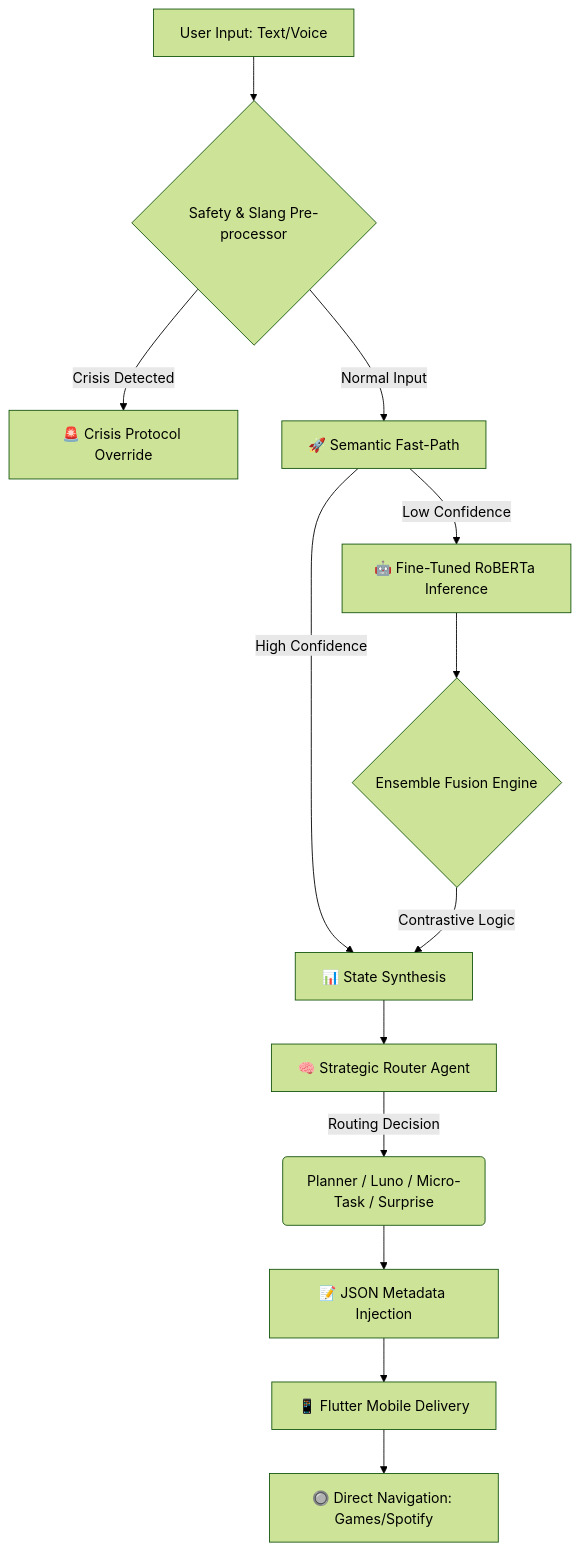
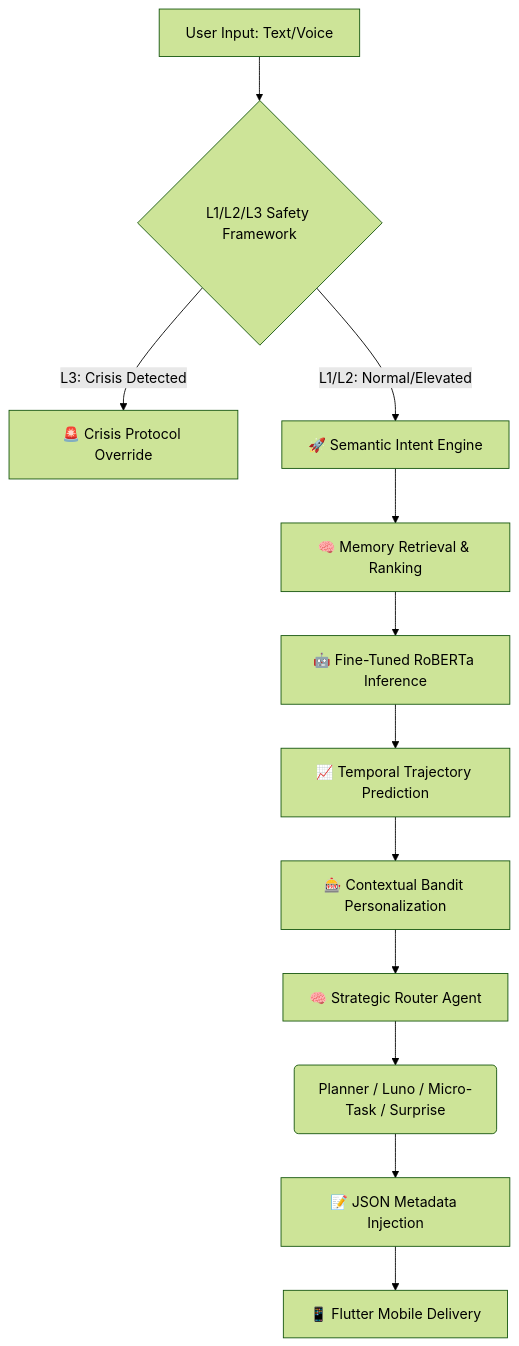
One commit to Joelrtharakan/AI-Powered-Boredom-Breaker-System-Using-Emotion-Detection-and-Personalized-Activity-Generation changed the diagram in README.md. Above: the diagram before and after it, drawn with Mermaid (forest theme). The commit also changed other lines of this file and 16 other files, not shown here.

````diff
--- a/README.md
+++ b/README.md
@@ -102,15 +109,14 @@
 ```mermaid
 graph TD
-    A[User Input: Text/Voice] --> B{Safety & Slang Pre-processor}
-    B -->|Crisis Detected| C[🚨 Crisis Protocol Override]
-    B -->|Normal Input| D[🚀 Semantic Fast-Path]
-    D -->|High Confidence| E[📊 State Synthesis]
-    D -->|Low Confidence| F[🤖 Fine-Tuned RoBERTa Inference]
-    F --> G{Ensemble Fusion Engine}
-    G -->|Contrastive Logic| E
-    E --> H[🧠 Strategic Router Agent]
-    H -->|Routing Decision| I(Planner / Luno / Micro-Task / Surprise)
-    I --> J[📝 JSON Metadata Injection]
-    J --> K[📱 Flutter Mobile Delivery]
-    K --> L[🔘 Direct Navigation: Games/Spotify]
+    A[User Input: Text/Voice] --> B{L1/L2/L3 Safety Framework}
+    B -->|L3: Crisis Detected| C[🚨 Crisis Protocol Override]
+    B -->|L1/L2: Normal/Elevated| D[🚀 Semantic Intent Engine]
+    D --> E[🧠 Memory Retrieval & Ranking]
+    E --> F[🤖 Fine-Tuned RoBERTa Inference]
+    F --> G[📈 Temporal Trajectory Prediction]
+    G --> H[🎰 Contextual Bandit Personalization]
+    H --> I[🧠 Strategic Router Agent]
+    I --> J(Planner / Luno / Micro-Task / Surprise)
+    J --> K[📝 JSON Metadata Injection]
+    K --> L[📱 Flutter Mobile Delivery]
 ```
````
